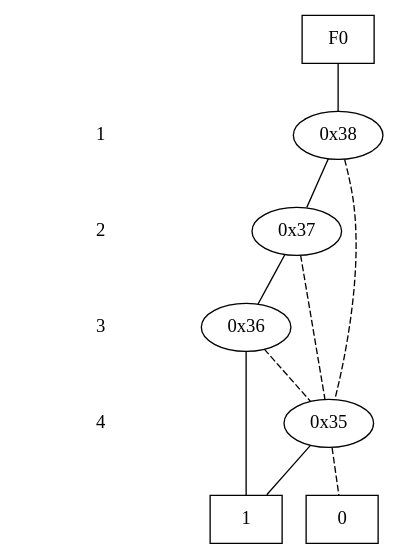
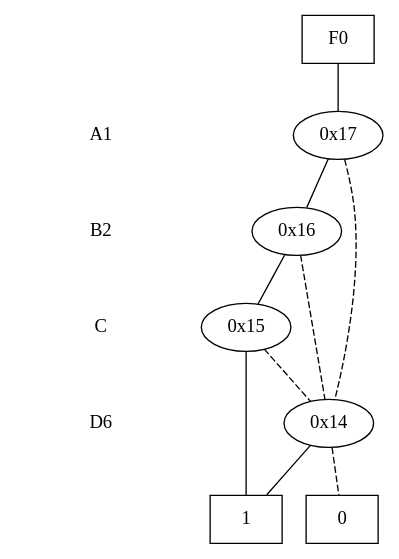
One commit to DimitrisT1804/algorithm_cad1_project changed the diagram in tool/CUDD_impl/bdd.dot. Above: the diagram before and after it, drawn with Graphviz. The commit also changed 9 other files, not shown here.

```diff
--- a/tool/CUDD_impl/bdd.dot
+++ b/tool/CUDD_impl/bdd.dot
@@ -1,40 +1,40 @@
 digraph "DD" {
 size = "7.5,10"
 center = true;
 edge [dir = none];
 { node [shape = plaintext];
   edge [style = invis];
   "CONST NODES" [style = invis];
-" 1 " -> " 2 " -> " 3 " -> " 4 " -> "CONST NODES"; 
+" A1 " -> " B2 " -> " C " -> " D6 " -> "CONST NODES"; 
 }
 { rank = same; node [shape = box]; edge [style = invis];
 "F0"; }
-{ rank = same; " 1 ";
-"0x38";
+{ rank = same; " A1 ";
+"0x17";
 }
-{ rank = same; " 2 ";
-"0x37";
+{ rank = same; " B2 ";
+"0x16";
 }
-{ rank = same; " 3 ";
-"0x36";
+{ rank = same; " C ";
+"0x15";
 }
-{ rank = same; " 4 ";
-"0x35";
+{ rank = same; " D6 ";
+"0x14";
 }
 { rank = same; "CONST NODES";
-{ node [shape = box]; "0x27";
-"0x26";
+{ node [shape = box]; "0x6";
+"0x5";
 }
 }
-"F0" -> "0x38" [style = solid];
-"0x38" -> "0x37";
-"0x38" -> "0x35" [style = dashed];
-"0x37" -> "0x36";
-"0x37" -> "0x35" [style = dashed];
-"0x36" -> "0x26";
-"0x36" -> "0x35" [style = dashed];
-"0x35" -> "0x26";
-"0x35" -> "0x27" [style = dashed];
-"0x27" [label = "0"];
-"0x26" [label = "1"];
+"F0" -> "0x17" [style = solid];
+"0x17" -> "0x16";
+"0x17" -> "0x14" [style = dashed];
+"0x16" -> "0x15";
+"0x16" -> "0x14" [style = dashed];
+"0x15" -> "0x5";
+"0x15" -> "0x14" [style = dashed];
+"0x14" -> "0x5";
+"0x14" -> "0x6" [style = dashed];
+"0x6" [label = "0"];
+"0x5" [label = "1"];
 }
```
